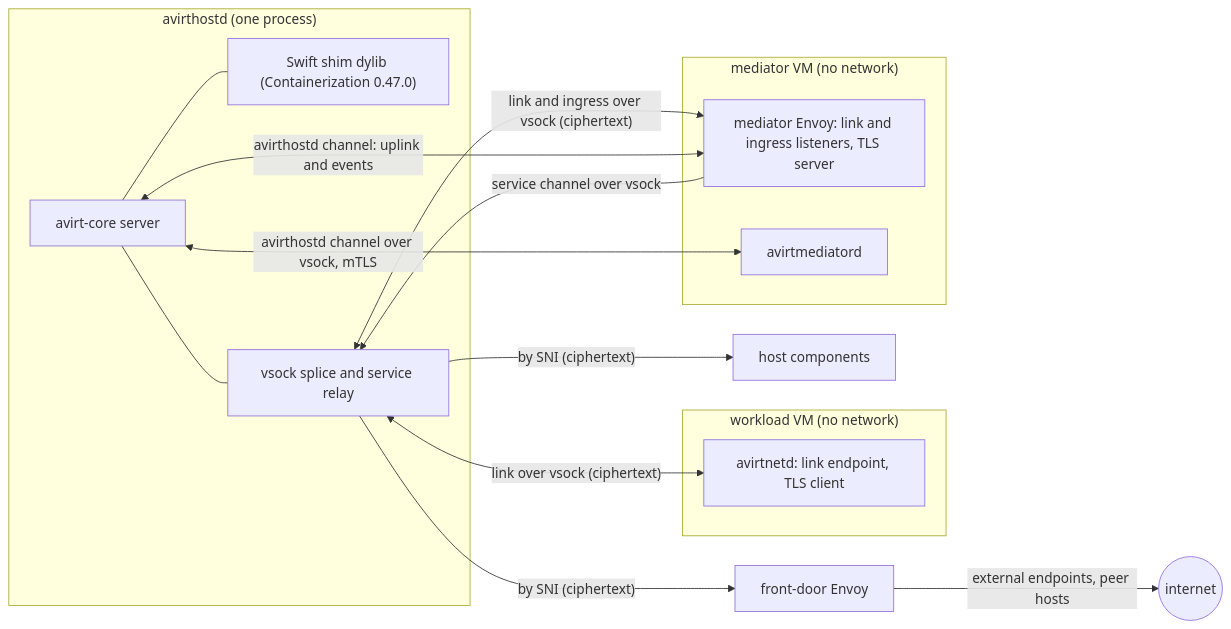
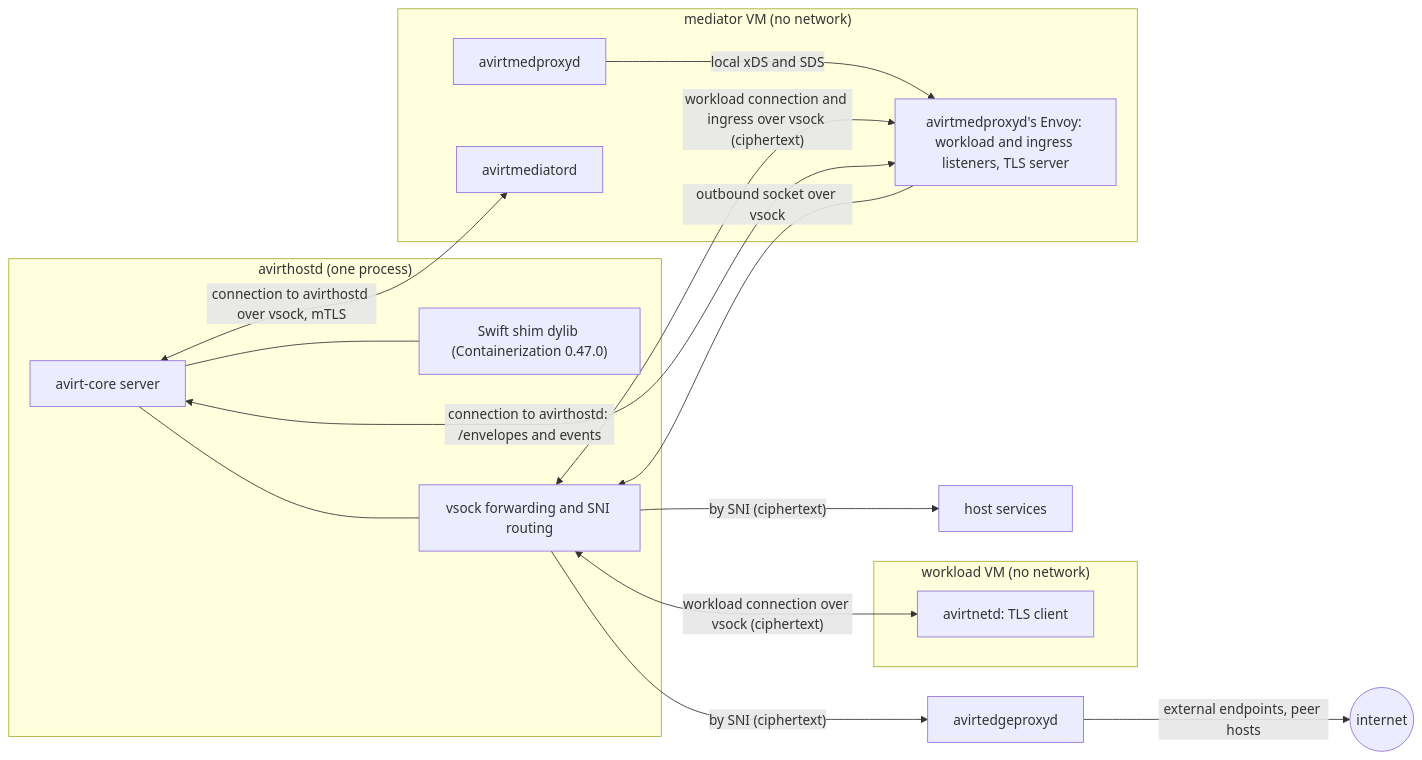
Before and after one commit to tbhb-dev/avirt: the first of 2 diagrams in docs/compute-runtimes.md, drawn with Mermaid. The commit also changed other lines of this file and 61 other files, not shown here.

First line of the commit message:
docs: design the avirt component architecture

````diff
--- a/docs/compute-runtimes.md
+++ b/docs/compute-runtimes.md
@@ -112,27 +113,29 @@
 ```mermaid
 flowchart LR
     subgraph hostd["avirthostd (one process)"]
         core["avirt-core server"]
         shim["Swift shim dylib (Containerization 0.47.0)"]
-        splice["vsock splice and service relay"]
+        fwd["vsock forwarding and SNI routing"]
         core --- shim
-        core --- splice
+        core --- fwd
     end
     subgraph wvm["workload VM (no network)"]
-        net["avirtnetd: link endpoint, TLS client"]
+        net["avirtnetd: TLS client"]
     end
     subgraph svm["mediator VM (no network)"]
-        me["mediator Envoy: link and ingress listeners, TLS server"]
+        me["avirtmedproxyd's Envoy: workload and ingress listeners, TLS server"]
+        mp["avirtmedproxyd"]
         med["avirtmediatord"]
+        mp -->|"local xDS and SDS"| me
     end
-    hs["host components"]
-    fd["front-door Envoy"]
-    splice <-->|"link over vsock (ciphertext)"| net
-    splice <-->|"link and ingress over vsock (ciphertext)"| me
-    core <-->|"avirthostd channel over vsock, mTLS"| med
-    core <-->|"avirthostd channel: uplink and events"| me
-    me -->|"service channel over vsock"| splice
-    splice -->|"by SNI (ciphertext)"| hs
-    splice -->|"by SNI (ciphertext)"| fd
+    hs["host services"]
+    fd["avirtedgeproxyd"]
+    fwd <-->|"workload connection over vsock (ciphertext)"| net
+    fwd <-->|"workload connection and ingress over vsock (ciphertext)"| me
+    core <-->|"connection to avirthostd over vsock, mTLS"| med
+    core <-->|"connection to avirthostd: /envelopes and events"| me
+    me -->|"outbound socket over vsock"| fwd
+    fwd -->|"by SNI (ciphertext)"| hs
+    fwd -->|"by SNI (ciphertext)"| fd
     fd -->|"external endpoints, peer hosts"| net2(("internet"))
 ```
````
